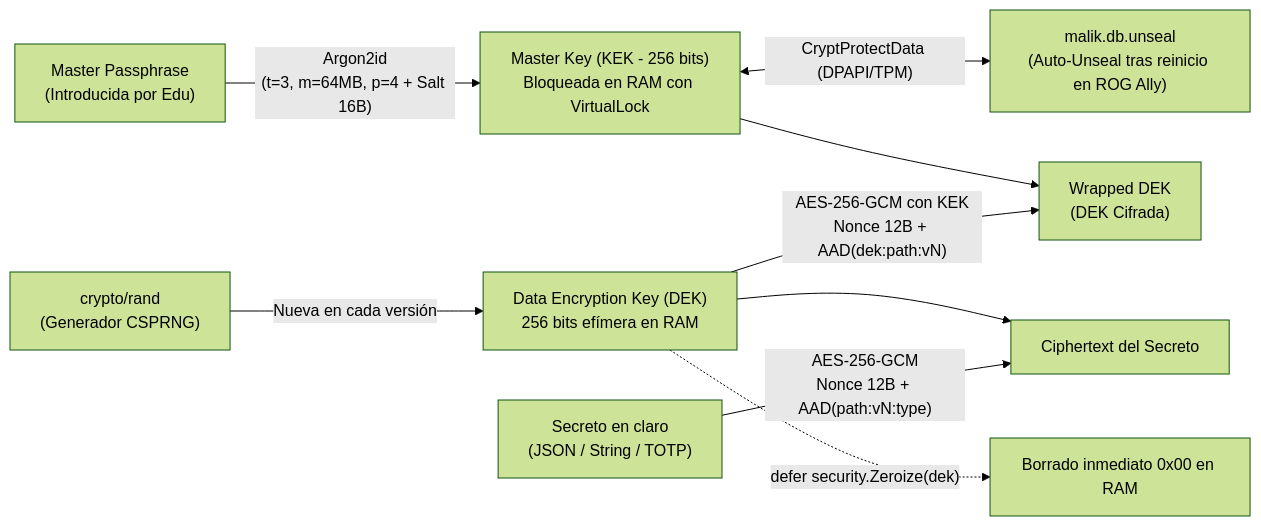
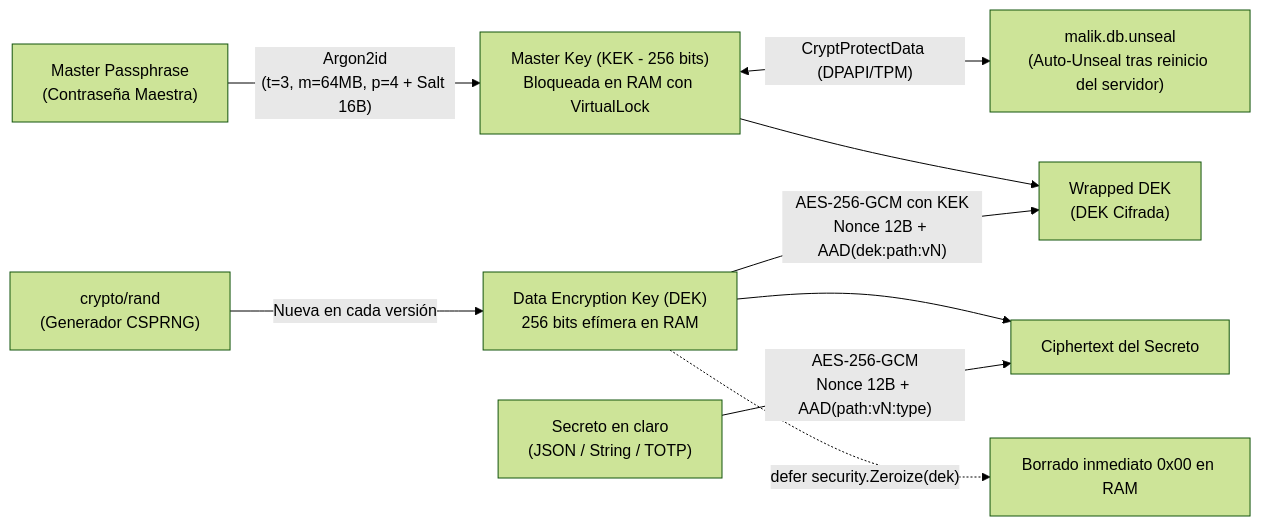
Before and after one commit to eduardoddddddd/MalikSSM: the second of 2 diagrams in README.md, drawn with Mermaid (forest theme). The commit also changed other lines of this file and 16 other files, not shown here.

````diff
--- a/README.md
+++ b/README.md
@@ -120,15 +120,15 @@
 ```mermaid
 flowchart LR
-    PASS["Master Passphrase\n(Introducida por Edu)"] -->|"Argon2id\n(t=3, m=64MB, p=4 + Salt 16B)"| KEK["Master Key (KEK - 256 bits)\nBloqueada en RAM con VirtualLock"]
-    KEK <-->|"CryptProtectData (DPAPI/TPM)"| UNSEAL["malik.db.unseal\n(Auto-Unseal tras reinicio en ROG Ally)"]
+    PASS["Master Passphrase\n(Contraseña Maestra)"] -->|"Argon2id\n(t=3, m=64MB, p=4 + Salt 16B)"| KEK["Master Key (KEK - 256 bits)\nBloqueada en RAM con VirtualLock"]
+    KEK <-->|"CryptProtectData (DPAPI/TPM)"| UNSEAL["malik.db.unseal\n(Auto-Unseal tras reinicio del servidor)"]
     
     RNG["crypto/rand\n(Generador CSPRNG)"] -->|"Nueva en cada versión"| DEK["Data Encryption Key (DEK)\n256 bits efímera en RAM"]
     
     PLAIN["Secreto en claro\n(JSON / String / TOTP)"] -->|"AES-256-GCM\nNonce 12B + AAD(path:vN:type)"| CIPHER["Ciphertext del Secreto"]
     DEK --> CIPHER
     
     DEK -->|"AES-256-GCM con KEK\nNonce 12B + AAD(dek:path:vN)"| WRAPPED["Wrapped DEK\n(DEK Cifrada)"]
     KEK --> WRAPPED
     
     DEK -.->|"defer security.Zeroize(dek)"| WIPE["Borrado inmediato 0x00 en RAM"]
 ```
````
